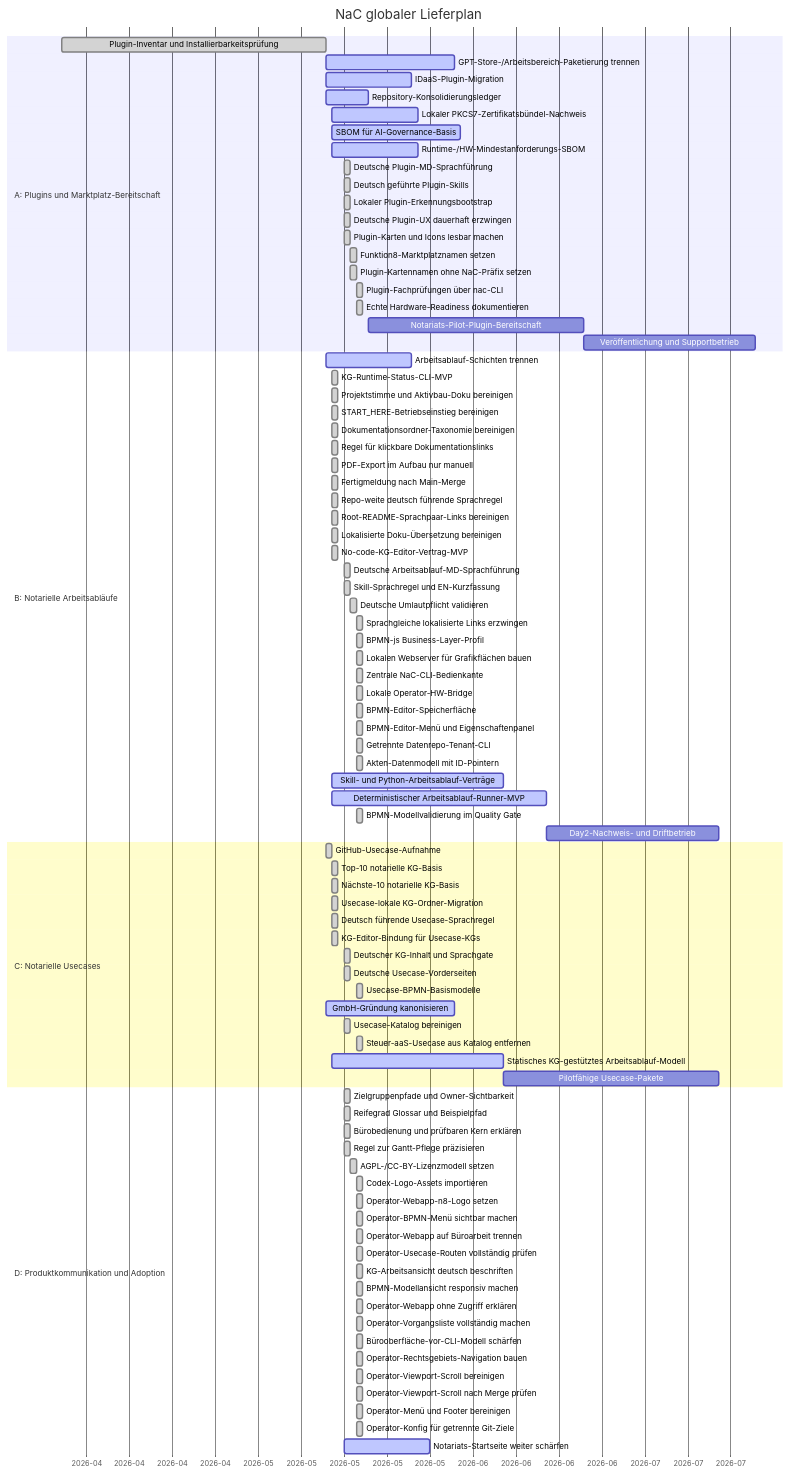
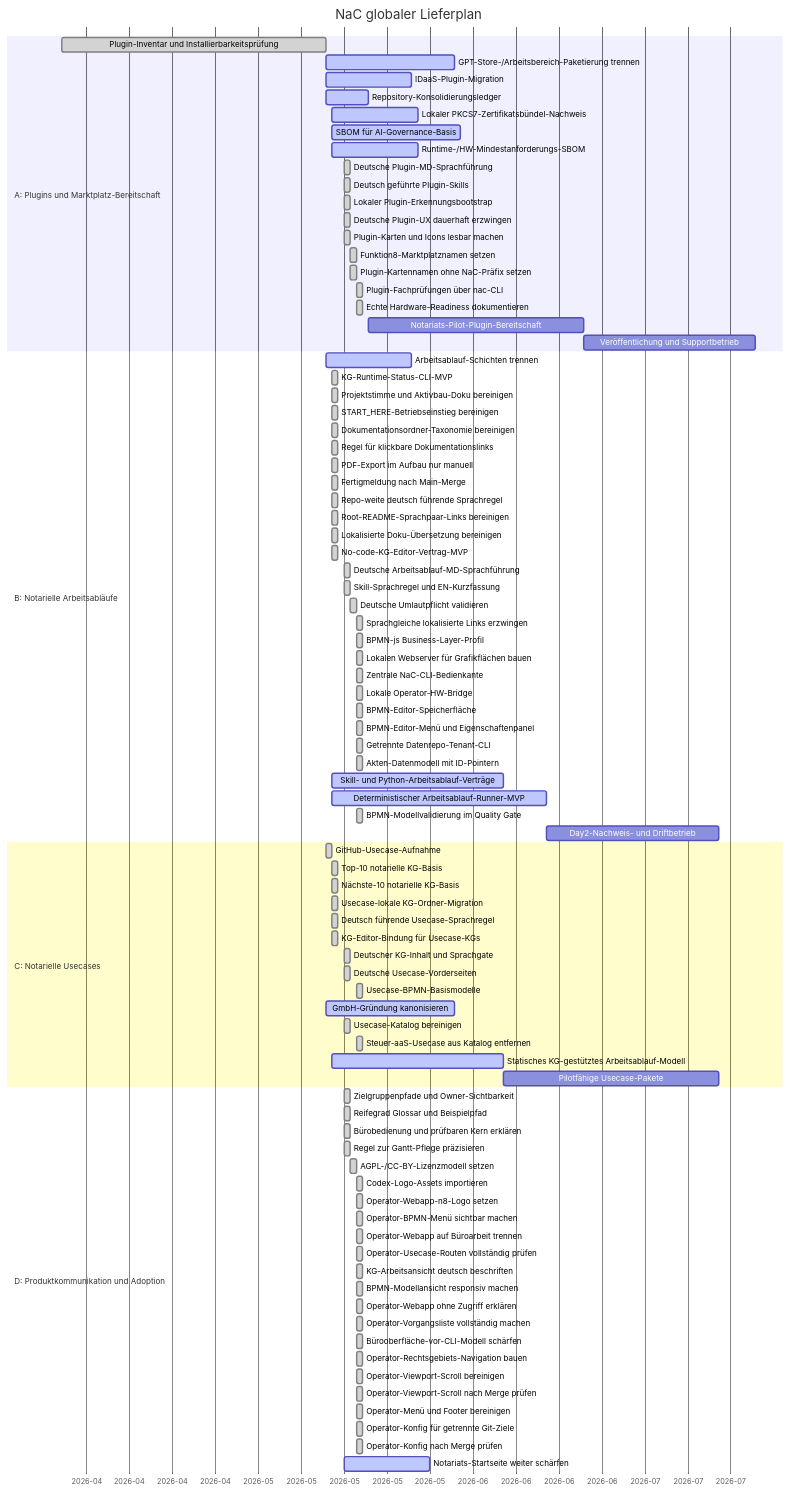
The diagram in roadmap/GANTT.md (notariat8/NaC), drawn with Mermaid before and after one commit. The commit also changed other lines of this file and 1 other file, not shown here.

Commit message:
Log post-merge operator config validation

````diff
--- a/roadmap/GANTT.md
+++ b/roadmap/GANTT.md
@@ -104,5 +104,6 @@
     Operator-Viewport-Scroll nach Merge prüfen   :done,    d1q, 2026-05-19, 1d
     Operator-Menü und Footer bereinigen          :done,    d1r, 2026-05-19, 1d
     Operator-Konfig für getrennte Git-Ziele      :done,    d1s, 2026-05-19, 1d
+    Operator-Konfig nach Merge prüfen            :done,    d1t, 2026-05-19, 1d
     Notariats-Startseite weiter schärfen        :active,  d2, 2026-05-17, 14d
 ```
````
